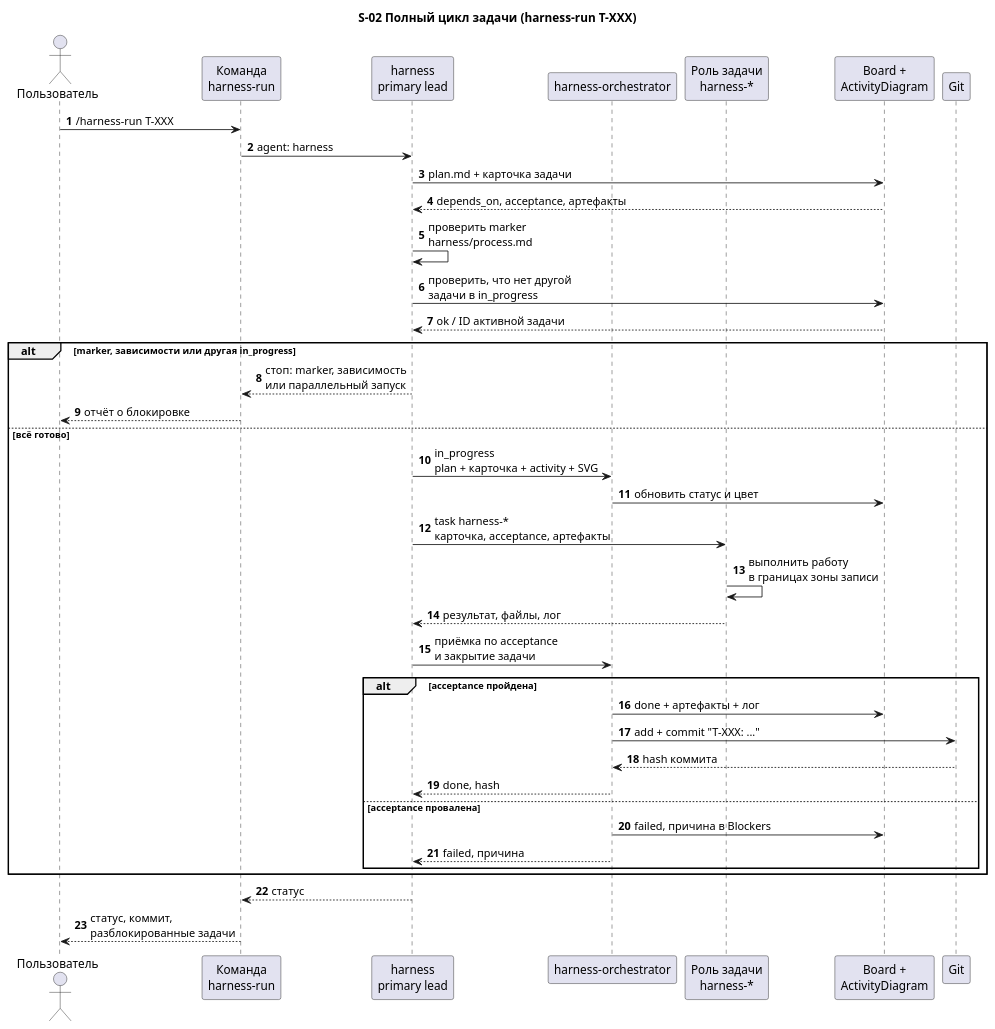
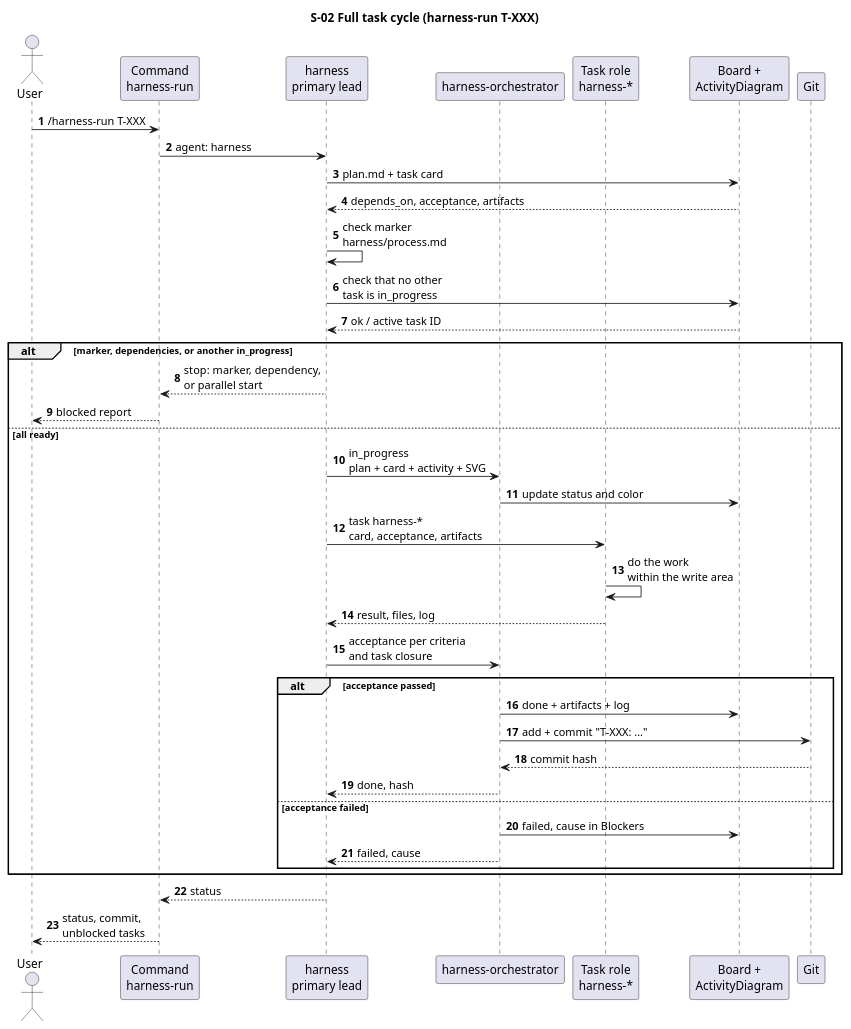
The diagram in docs/description/diagrams/seq-02-harness-run.puml (serge-sasov/harness), drawn with PlantUML before and after one commit. The commit also changed 62 other files, not shown here.

```diff
--- a/docs/description/diagrams/seq-02-harness-run.puml
+++ b/docs/description/diagrams/seq-02-harness-run.puml
@@ -1,43 +1,43 @@
 @startuml
 autonumber
 skinparam defaultFontName Segoe UI
-title S-02 Полный цикл задачи (harness-run T-XXX)
+title S-02 Full task cycle (harness-run T-XXX)
 
-actor "Пользователь" as user
-participant "Команда\nharness-run" as cmd
+actor "User" as user
+participant "Command\nharness-run" as cmd
 participant "harness\nprimary lead" as lead
 participant "harness-orchestrator" as orch
-participant "Роль задачи\nharness-*" as role
+participant "Task role\nharness-*" as role
 participant "Board +\nActivityDiagram" as board
 participant "Git" as git
 
 user -> cmd : /harness-run T-XXX
 cmd -> lead : agent: harness
-lead -> board : plan.md + карточка задачи
-board --> lead : depends_on, acceptance, артефакты
-lead -> lead : проверить marker\nharness/process.md
-lead -> board : проверить, что нет другой\nзадачи в in_progress
-board --> lead : ok / ID активной задачи
-alt marker, зависимости или другая in_progress
-  lead --> cmd : стоп: marker, зависимость\nили параллельный запуск
-  cmd --> user : отчёт о блокировке
-else всё готово
-  lead -> orch : in_progress\nplan + карточка + activity + SVG
-  orch -> board : обновить статус и цвет
-  lead -> role : task harness-*\nкарточка, acceptance, артефакты
-  role -> role : выполнить работу\nв границах зоны записи
-  role --> lead : результат, файлы, лог
-  lead -> orch : приёмка по acceptance\nи закрытие задачи
-  alt acceptance пройдена
-    orch -> board : done + артефакты + лог
+lead -> board : plan.md + task card
+board --> lead : depends_on, acceptance, artifacts
+lead -> lead : check marker\nharness/process.md
+lead -> board : check that no other\ntask is in_progress
+board --> lead : ok / active task ID
+alt marker, dependencies, or another in_progress
+  lead --> cmd : stop: marker, dependency,\nor parallel start
+  cmd --> user : blocked report
+else all ready
+  lead -> orch : in_progress\nplan + card + activity + SVG
+  orch -> board : update status and color
+  lead -> role : task harness-*\ncard, acceptance, artifacts
+  role -> role : do the work\nwithin the write area
+  role --> lead : result, files, log
+  lead -> orch : acceptance per criteria\nand task closure
+  alt acceptance passed
+    orch -> board : done + artifacts + log
     orch -> git : add + commit "T-XXX: ..."
-    git --> orch : hash коммита
+    git --> orch : commit hash
     orch --> lead : done, hash
-  else acceptance провалена
-    orch -> board : failed, причина в Blockers
-    orch --> lead : failed, причина
+  else acceptance failed
+    orch -> board : failed, cause in Blockers
+    orch --> lead : failed, cause
   end
 end
-lead --> cmd : статус
-cmd --> user : статус, коммит,\nразблокированные задачи
+lead --> cmd : status
+cmd --> user : status, commit,\nunblocked tasks
 @enduml
```
